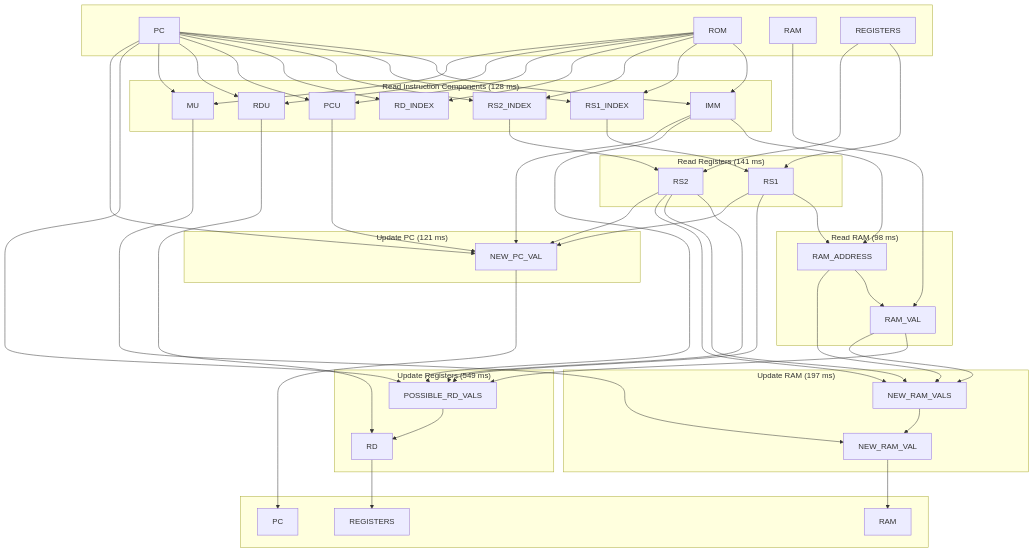
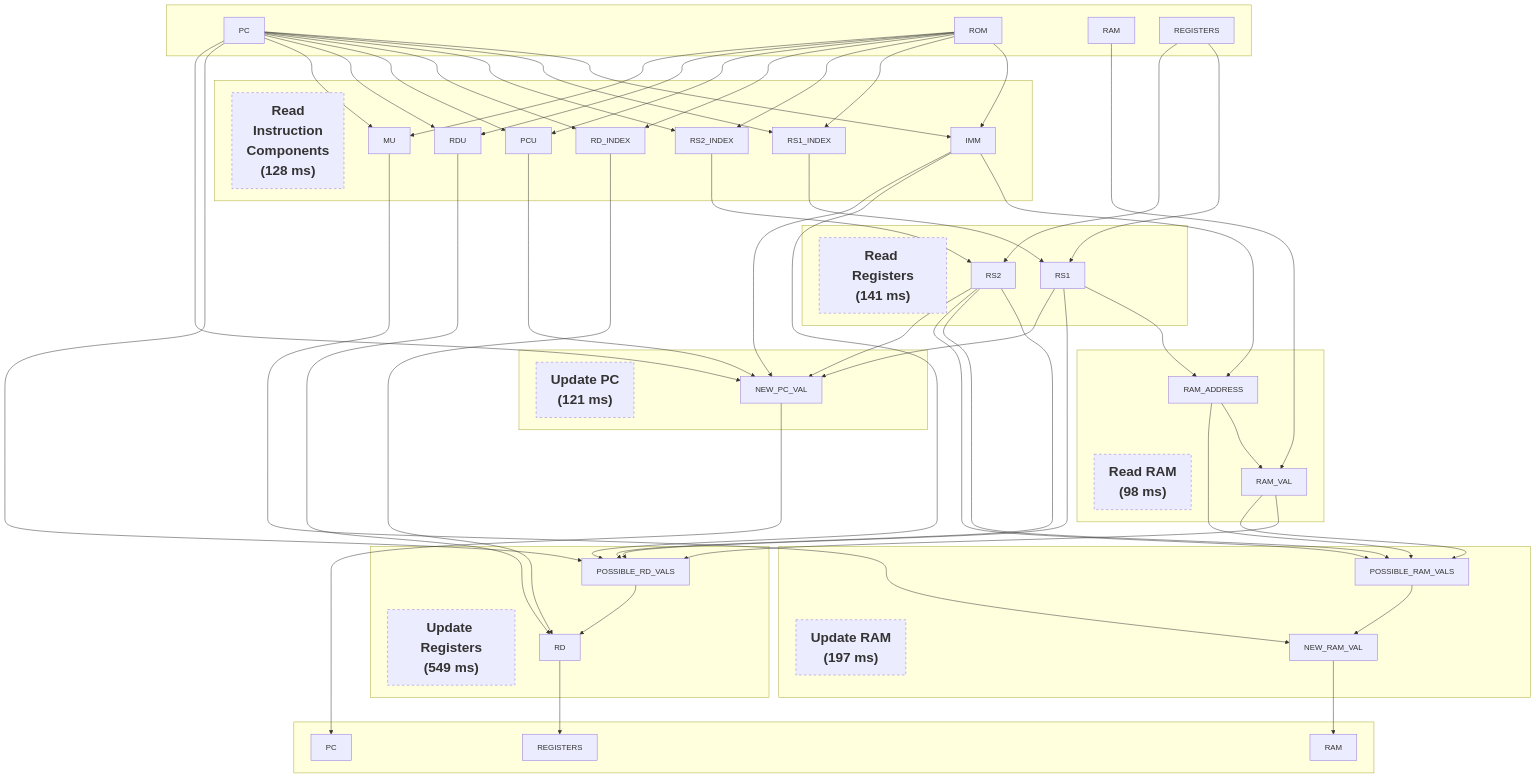
The diagram in doc/costs.md (phantomzone-org/phantom), drawn with Mermaid before and after one commit. The commit also changed other lines of this file, not shown here.

````diff
--- a/doc/costs.md
+++ b/doc/costs.md
@@ -42,7 +45,8 @@
         REGISTERS["REGISTERS"]
     end
 
-    subgraph read_inst ["Read Instruction Components (128 ms)"]
+    subgraph read_inst [" "]
+        READ_INST_LABEL["Read<br>Instruction<br>Components<br>(128 ms)"]
         IMM["IMM"]
         RS1_INDEX["RS1_INDEX"]
         RS2_INDEX["RS2_INDEX"]
@@ -52,28 +56,33 @@
         MU["MU"]
     end
     
-    subgraph read_ram ["Read RAM (98 ms)"]
+    subgraph read_ram [" "]
+        READ_RAM_LABEL["Read RAM<br>(98 ms)"]
         RAM_ADDRESS["RAM_ADDRESS"]
         RAM_VAL["RAM_VAL"]
     end
 
-    subgraph read_reg ["Read Registers (141 ms)"]
+    subgraph read_reg [" "]
+        READ_REG_LABEL["Read Registers<br>(141 ms)"]
         RS1["RS1"]
         RS2["RS2"]
     end
 
-    subgraph update_reg ["Update Registers (549 ms)"]
+    subgraph update_reg [" "]
+        UPDATE_REG_LABEL["Update Registers<br>(549 ms)"]
         POSSIBLE_RD_VALS["POSSIBLE_RD_VALS"]
         RD["RD"]
     end
 
 
-    subgraph update_ram ["Update RAM (197 ms)"]
-        NEW_RAM_VALS["NEW_RAM_VALS"]
+    subgraph update_ram [" "]
+        UPDATE_RAM_LABEL["Update RAM<br>(197 ms)"]
+        POSSIBLE_RAM_VALS["POSSIBLE_RAM_VALS"]
         NEW_RAM_VAL["NEW_RAM_VAL"]
     end
 
-    subgraph update_pc ["Update PC (121 ms)"]
+    subgraph update_pc [" "]
+        UPDATE_PC_LABEL["Update PC<br>(121 ms)"]
         NEW_PC_VAL["NEW_PC_VAL"]
     end
 
@@ -118,14 +127,15 @@
     RAM_VAL --> POSSIBLE_RD_VALS
 
     POSSIBLE_RD_VALS --> RD
+    RD_INDEX --> RD
     RDU --> RD
 
-    RS2 --> NEW_RAM_VALS
-    RAM_VAL --> NEW_RAM_VALS
-    RAM_ADDRESS --> NEW_RAM_VALS
-    RS2 --> NEW_RAM_VALS
+    RS2 --> POSSIBLE_RAM_VALS
+    RAM_VAL --> POSSIBLE_RAM_VALS
+    RAM_ADDRESS --> POSSIBLE_RAM_VALS
+    RS2 --> POSSIBLE_RAM_VALS
     
-    NEW_RAM_VALS --> NEW_RAM_VAL
+    POSSIBLE_RAM_VALS --> NEW_RAM_VAL
     MU --> NEW_RAM_VAL
 
 
@@ -139,5 +149,11 @@
     RD --> REGISTERS_AFTER
     NEW_RAM_VAL --> RAM_AFTER
 
-    
+    classDef labelStyle stroke-dasharray: 5 5, font-weight: bold, font-size: 120%
+    class READ_INST_LABEL labelStyle
+    class READ_RAM_LABEL labelStyle
+    class READ_REG_LABEL labelStyle
+    class UPDATE_REG_LABEL labelStyle
+    class UPDATE_RAM_LABEL labelStyle
+    class UPDATE_PC_LABEL labelStyle
 ```
````
